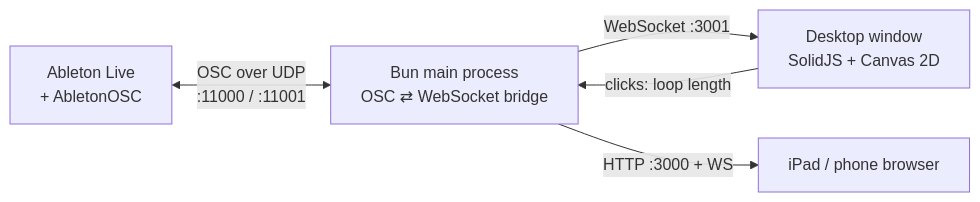
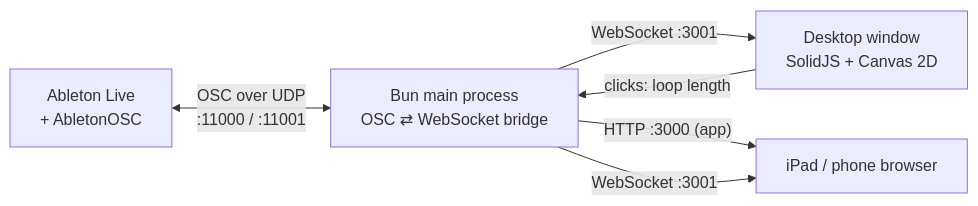
One commit to voyagebagage/ableton-loop-visualizer changed the diagram in README.md. Above: the diagram before and after it, drawn with Mermaid. The commit also changed other lines of this file, not shown here.

Commit message:
docs: README intro sentence and LAN ports in diagram

````diff
--- a/README.md
+++ b/README.md
@@ -16,7 +16,8 @@
 ```mermaid
 flowchart LR
   A[Ableton Live<br/>+ AbletonOSC] <-- OSC over UDP<br/>:11000 / :11001 --> C[Bun main process<br/>OSC ⇄ WebSocket bridge]
   C -- WebSocket :3001 --> D[Desktop window<br/>SolidJS + Canvas 2D]
-  C -- HTTP :3000 + WS --> E[iPad / phone browser]
+  C -- HTTP :3000 (app) --> E[iPad / phone browser]
+  C -- WebSocket :3001 --> E
   D -- clicks: loop length --> C
 ```
````
